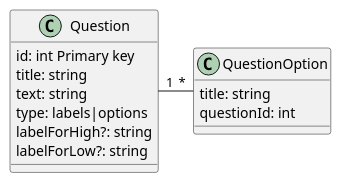
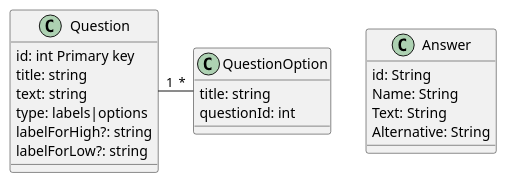
One commit to kristiania-pgr203-2021/pgr203-exam-hanadbruno changed the diagram in classes.puml. Above: the diagram before and after it, drawn with PlantUML. The commit also changed 4 other files, not shown here.

```diff
--- a/classes.puml
+++ b/classes.puml
@@ -1,22 +1,29 @@
 @startuml
 'https://plantuml.com/class-diagram
 
 
 class Question {
  id: int Primary key
  title: string
  text: string
  type: labels|options
  labelForHigh?: string
  labelForLow?: string
 }
 
 class QuestionOption {
     title: string
     questionId: int
 }
 
 Question "1" - "*" QuestionOption
 
+class Answer {
+id: String
+Name: String
+Text: String
+Alternative: String
+}
+
 
 @enduml
```
